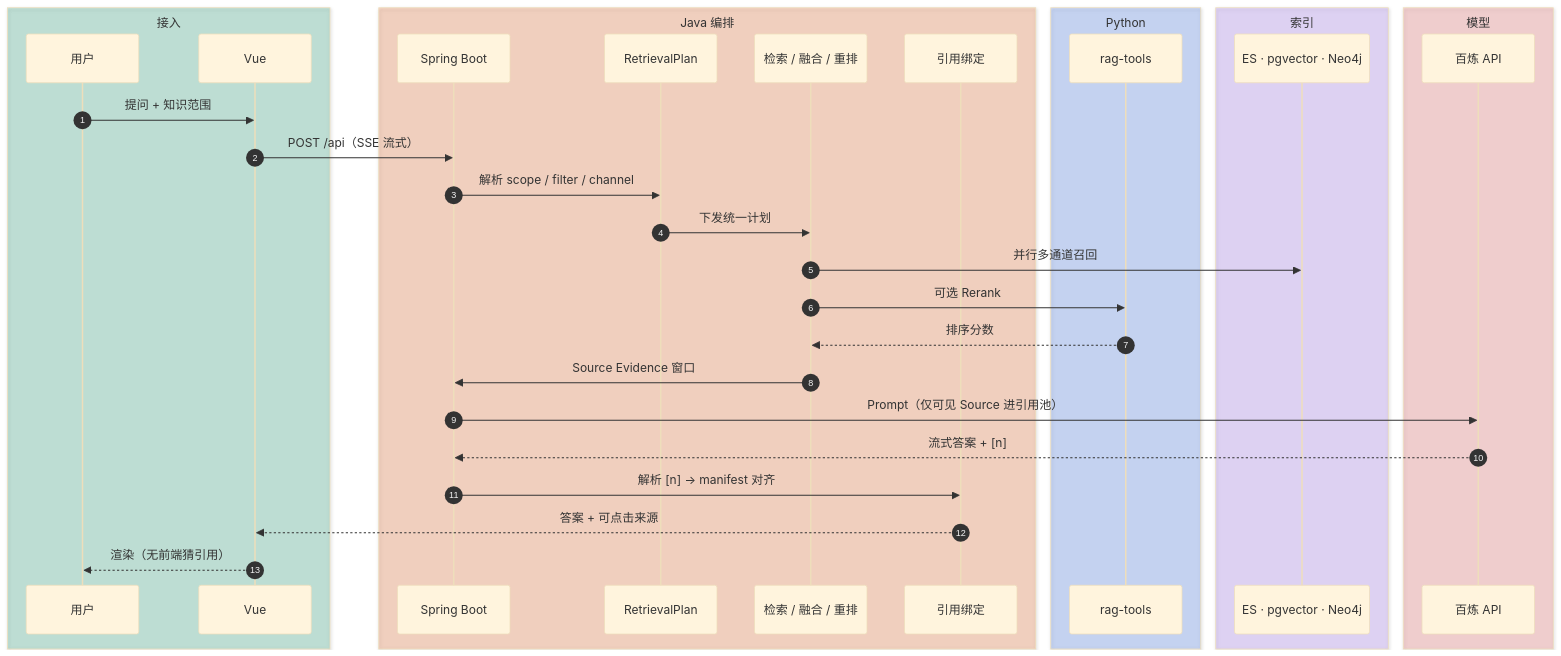
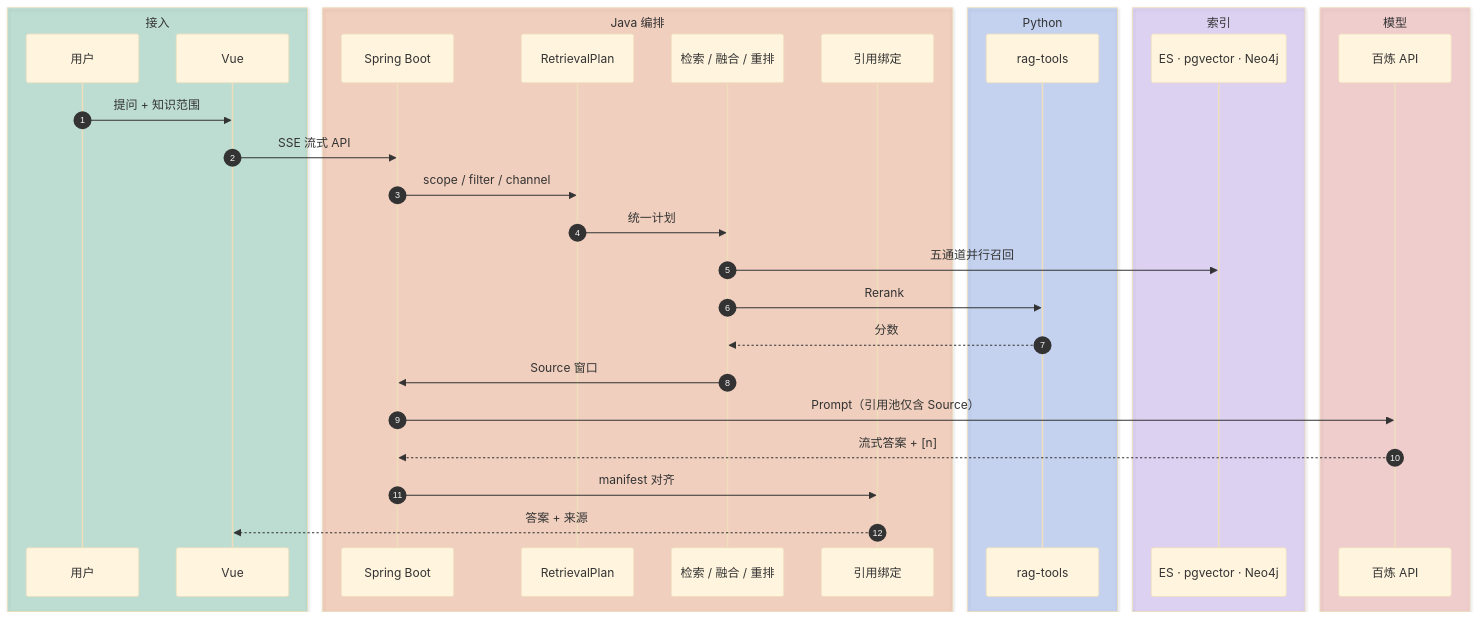
The third of 3 diagrams in README.md (xfu4739-commits/AegisKB), drawn with Mermaid (base theme) before and after one commit. The commit also changed other lines of this file, not shown here.

First line of the commit message:
docs: slim README to highlights and architecture only

````diff
--- a/README.md
+++ b/README.md
@@ -153,37 +169,36 @@
 ```mermaid
 sequenceDiagram
   autonumber
   box rgba(5,150,105,0.22) 接入
     participant U as 用户
     participant F as Vue
   end
   box rgba(234,88,12,0.22) Java 编排
     participant J as Spring Boot
     participant P as RetrievalPlan
     participant R as 检索 / 融合 / 重排
     participant C as 引用绑定
   end
   box rgba(37,99,235,0.22) Python
     participant T as rag-tools
   end
   box rgba(124,58,237,0.18) 索引
     participant I as ES · pgvector · Neo4j
   end
   box rgba(220,38,38,0.18) 模型
     participant M as 百炼 API
   end
 
   U->>F: 提问 + 知识范围
-  F->>J: POST /api（SSE 流式）
-  J->>P: 解析 scope / filter / channel
-  P->>R: 下发统一计划
-  R->>I: 并行多通道召回
-  R->>T: 可选 Rerank
-  T-->>R: 排序分数
-  R->>J: Source Evidence 窗口
-  J->>M: Prompt（仅可见 Source 进引用池）
+  F->>J: SSE 流式 API
+  J->>P: scope / filter / channel
+  P->>R: 统一计划
+  R->>I: 五通道并行召回
+  R->>T: Rerank
+  T-->>R: 分数
+  R->>J: Source 窗口
+  J->>M: Prompt（引用池仅含 Source）
   M-->>J: 流式答案 + [n]
-  J->>C: 解析 [n] → manifest 对齐
-  C-->>F: 答案 + 可点击来源
-  F-->>U: 渲染（无前端猜引用）
+  J->>C: manifest 对齐
+  C-->>F: 答案 + 来源
 ```
````
